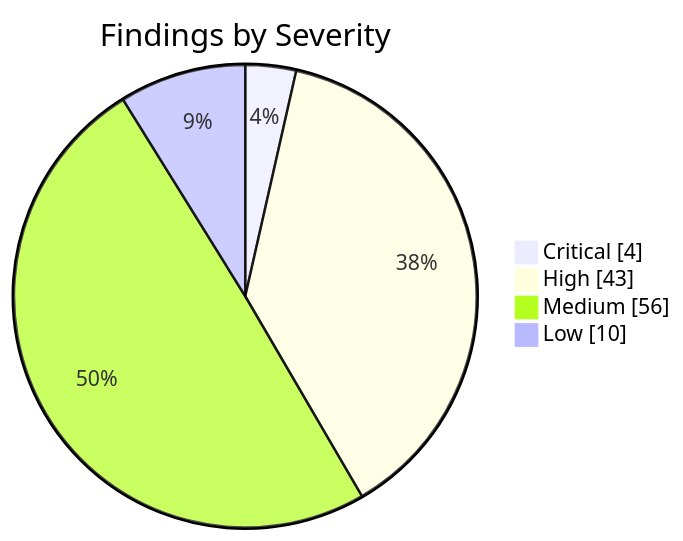
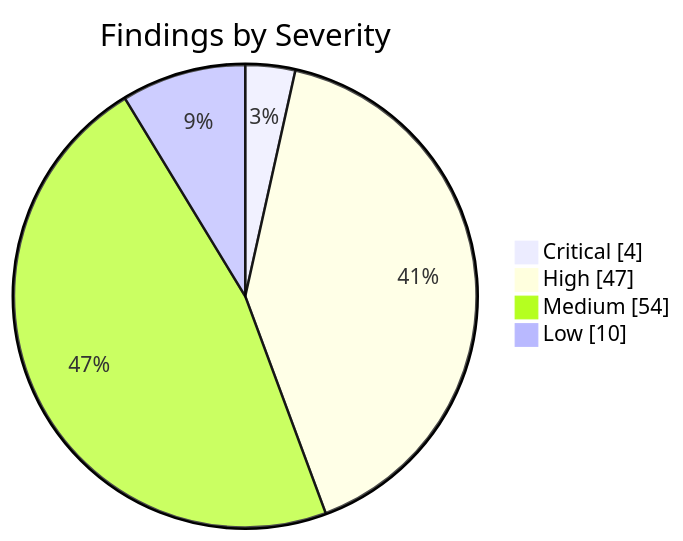
Before and after one commit to KBVE/kbve: the first of 2 diagrams in apps/kbve/astro-kbve/src/content/docs/dashboard/security.mdx, drawn with Mermaid. The commit also changed other lines of this file and 1 other file, not shown here.

````diff
--- a/apps/kbve/astro-kbve/src/content/docs/dashboard/security.mdx
+++ b/apps/kbve/astro-kbve/src/content/docs/dashboard/security.mdx
@@ -148,8 +148,8 @@
 ```mermaid
 pie showData
     title Findings by Severity
     "Critical" : 4
-    "High" : 43
-    "Medium" : 56
+    "High" : 47
+    "Medium" : 54
     "Low" : 10
 ```
````
